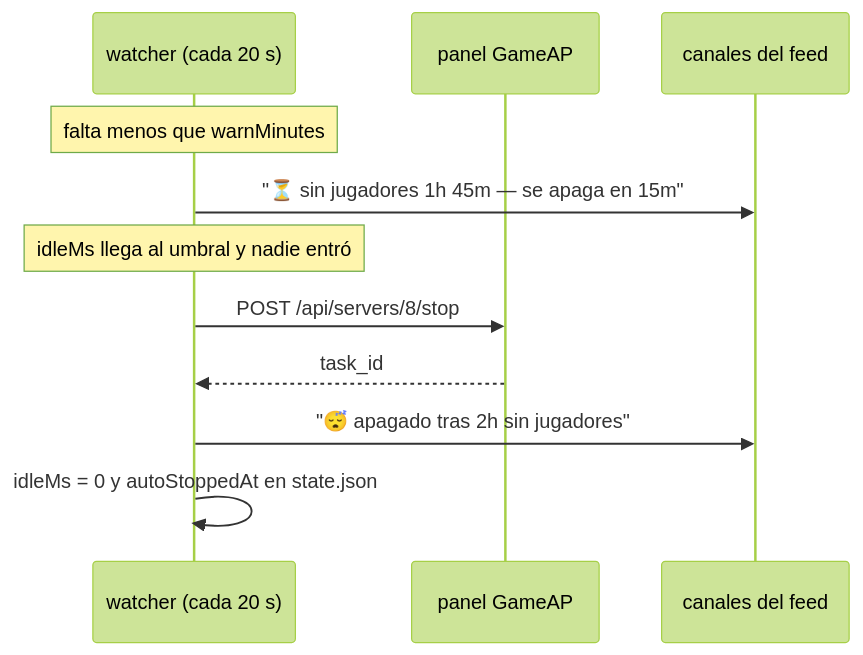
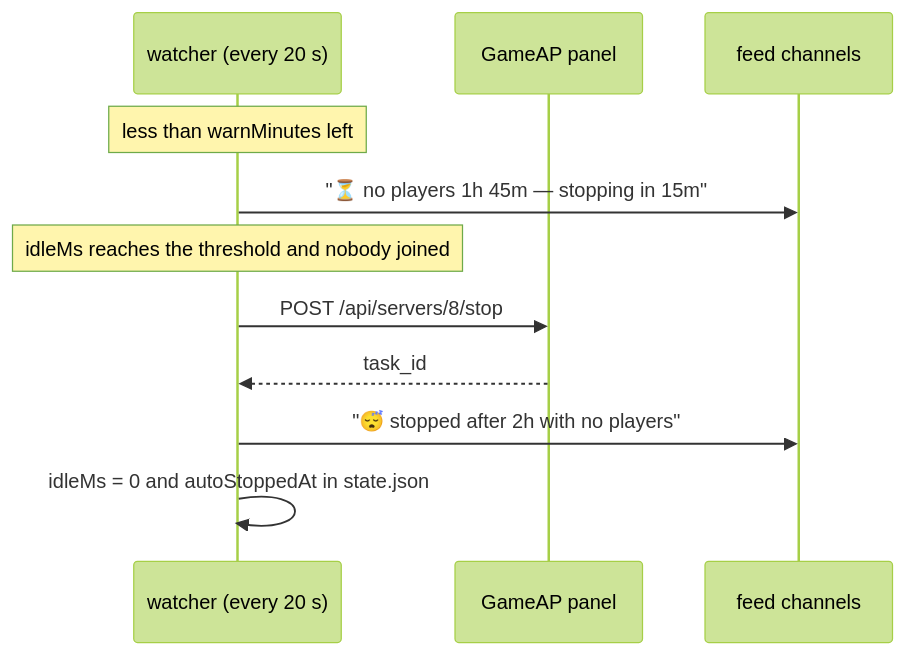
One commit to neyzerth/gameap-discord changed the second of 2 diagrams in docs/autostop.md. Above: the diagram before and after it, drawn with Mermaid (forest theme). The commit also changed other lines of this file and 37 other files, not shown here.

````diff
--- a/docs/autostop.md
+++ b/docs/autostop.md
@@ -30,13 +32,13 @@
 ```mermaid
 sequenceDiagram
-  participant W as watcher (cada 20 s)
-  participant P as panel GameAP
-  participant C as canales del feed
-  Note over W: falta menos que warnMinutes
-  W->>C: "⏳ sin jugadores 1h 45m — se apaga en 15m"
-  Note over W: idleMs llega al umbral y nadie entró
+  participant W as watcher (every 20 s)
+  participant P as GameAP panel
+  participant C as feed channels
+  Note over W: less than warnMinutes left
+  W->>C: "⏳ no players 1h 45m — stopping in 15m"
+  Note over W: idleMs reaches the threshold and nobody joined
   W->>P: POST /api/servers/8/stop
   P-->>W: task_id
-  W->>C: "😴 apagado tras 2h sin jugadores"
-  W->>W: idleMs = 0 y autoStoppedAt en state.json
+  W->>C: "😴 stopped after 2h with no players"
+  W->>W: idleMs = 0 and autoStoppedAt in state.json
 ```
````
